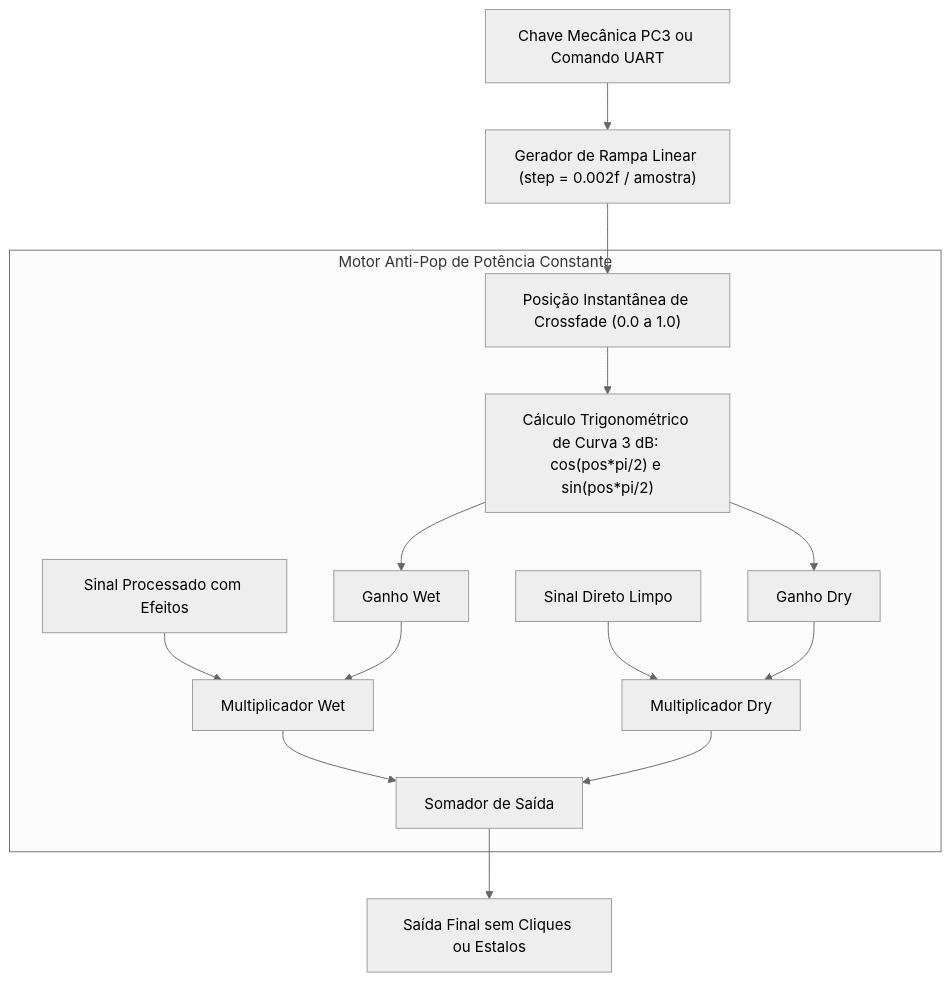
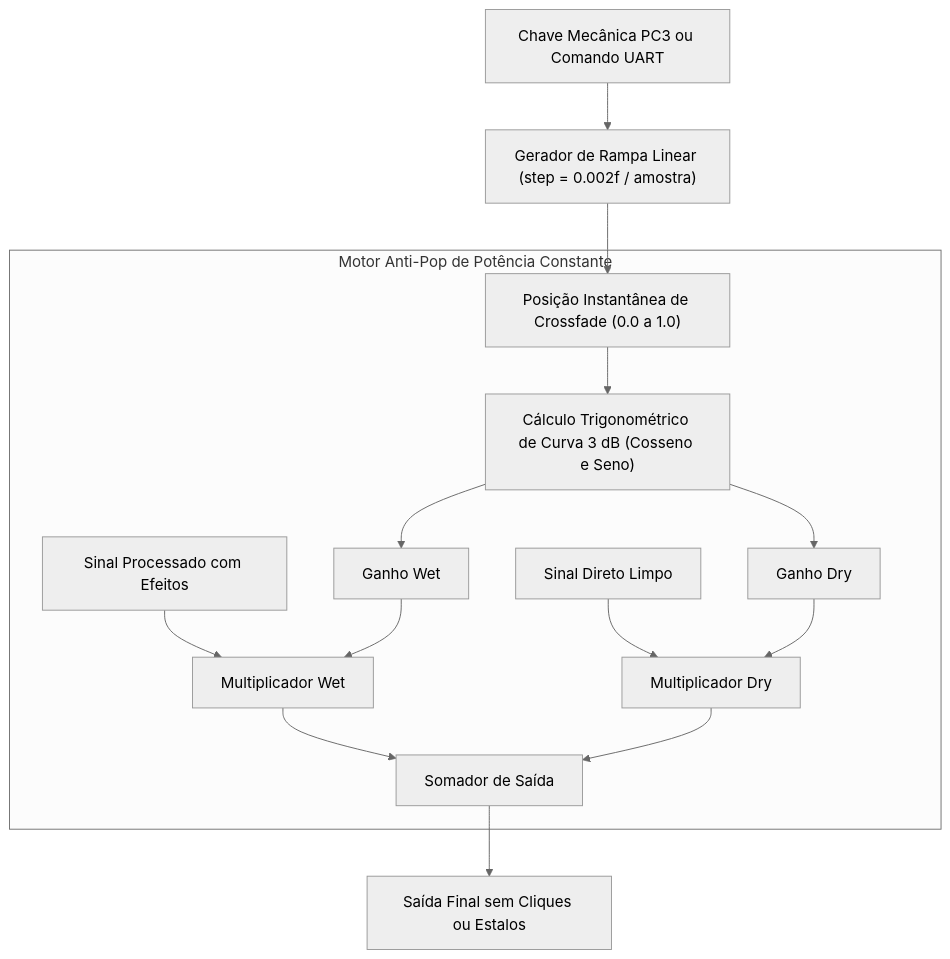
The seventh of 8 diagrams in docs/code/plano_testes_bancada_efeitos.md (Rodriguesmath/Pedaleira-digital), drawn with Mermaid (neutral theme) before and after one commit. The commit also changed other lines of this file, not shown here.

First line of the commit message:
fix(docs): corrige sintaxe Mermaid nos diagramas do plano de testes

````diff
--- a/docs/code/plano_testes_bancada_efeitos.md
+++ b/docs/code/plano_testes_bancada_efeitos.md
@@ -275,22 +275,22 @@
 ```mermaid
 flowchart TD
     CMD["Chave Mecânica PC3 ou Comando UART"] --> SLEW["Gerador de Rampa Linear (step = 0.002f / amostra)"]
     SLEW --> POS["Posição Instantânea de Crossfade (0.0 a 1.0)"]
 
     subgraph XFADE["Motor Anti-Pop de Potência Constante"]
-        POS --> CALC_GAIN["Cálculo Trigonométrico de Curva 3 dB: cos(pos*pi/2) e sin(pos*pi/2)"]
+        POS --> CALC_GAIN["Cálculo Trigonométrico de Curva 3 dB (Cosseno e Seno)"]
         CALC_GAIN --> GAIN_WET["Ganho Wet"]
         CALC_GAIN --> GAIN_DRY["Ganho Dry"]
 
         SIG_WET["Sinal Processado com Efeitos"] --> MUL_WET["Multiplicador Wet"]
         GAIN_WET --> MUL_WET
 
         SIG_DRY["Sinal Direto Limpo"] --> MUL_DRY["Multiplicador Dry"]
         GAIN_DRY --> MUL_DRY
 
         MUL_WET --> SUM["Somador de Saída"]
         MUL_DRY --> SUM
     end
 
     SUM --> CLEAN_OUT["Saída Final sem Cliques ou Estalos"]
 ```
````
